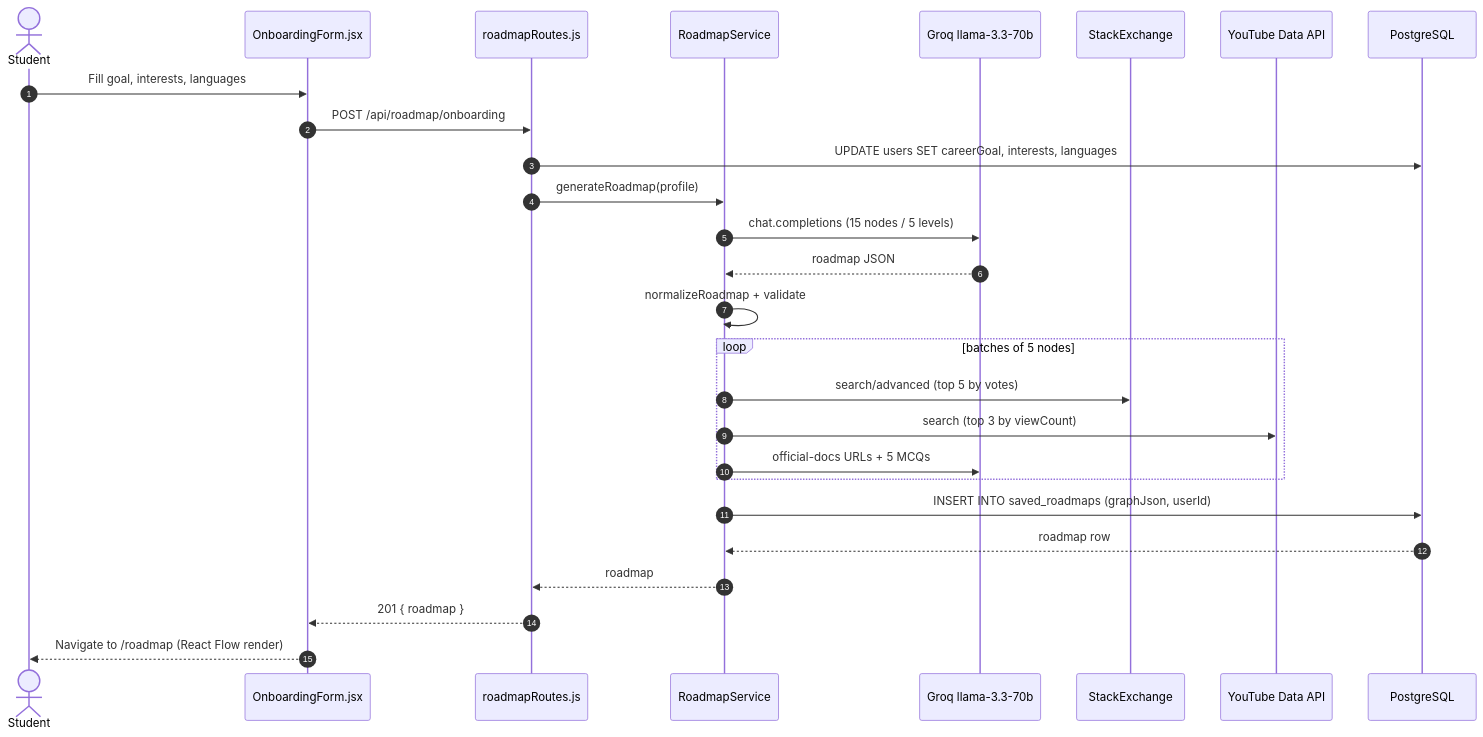
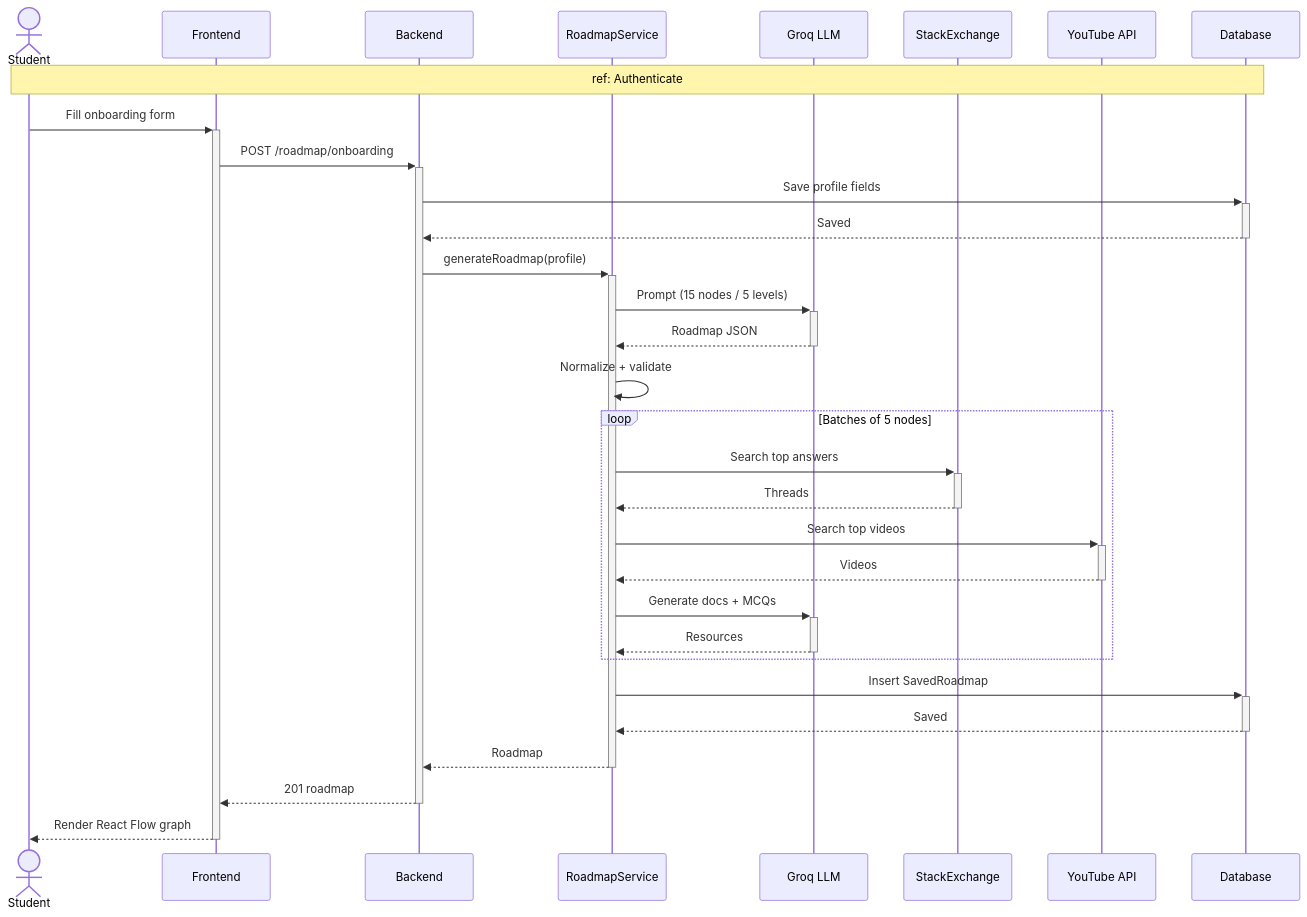
One commit to MaizaAymen/OmniLearn changed the third of 8 diagrams in docs/06_chapitre4_sprint2.md. Above: the diagram before and after it, drawn with Mermaid. The commit also changed other lines of this file and 4 other files, not shown here.

````diff
--- a/docs/06_chapitre4_sprint2.md
+++ b/docs/06_chapitre4_sprint2.md
@@ -154,30 +154,37 @@
 ```mermaid
 sequenceDiagram
-  autonumber
-  actor S as Student
-  participant FE as OnboardingForm.jsx
-  participant API as roadmapRoutes.js
-  participant Svc as RoadmapService
-  participant LLM as Groq llama-3.3-70b
-  participant SO as StackExchange
-  participant YT as YouTube Data API
-  participant DB as PostgreSQL
+    actor Student
+    participant FE as Frontend
+    participant API as Backend
+    participant Svc as RoadmapService
+    participant LLM as Groq LLM
+    participant SO as StackExchange
+    participant YT as YouTube API
+    participant DB as Database
 
-  S->>FE: Fill goal, interests, languages
-  FE->>API: POST /api/roadmap/onboarding
-  API->>DB: UPDATE users SET careerGoal, interests, languages
-  API->>Svc: generateRoadmap(profile)
-  Svc->>LLM: chat.completions (15 nodes / 5 levels)
-  LLM-->>Svc: roadmap JSON
-  Svc->>Svc: normalizeRoadmap + validate
-  loop batches of 5 nodes
-    Svc->>SO: search/advanced (top 5 by votes)
-    Svc->>YT: search (top 3 by viewCount)
-    Svc->>LLM: official-docs URLs + 5 MCQs
-  end
-  Svc->>DB: INSERT INTO saved_roadmaps (graphJson, userId)
-  DB-->>Svc: roadmap row
-  Svc-->>API: roadmap
-  API-->>FE: 201 { roadmap }
-  FE-->>S: Navigate to /roadmap (React Flow render)
+    Note over Student,DB: ref: Authenticate
+
+    Student->>+FE: Fill onboarding form
+    FE->>+API: POST /roadmap/onboarding
+    API->>+DB: Save profile fields
+    DB-->>-API: Saved
+    API->>+Svc: generateRoadmap(profile)
+    Svc->>+LLM: Prompt (15 nodes / 5 levels)
+    LLM-->>-Svc: Roadmap JSON
+    Svc->>Svc: Normalize + validate
+
+    loop Batches of 5 nodes
+        Svc->>+SO: Search top answers
+        SO-->>-Svc: Threads
+        Svc->>+YT: Search top videos
+        YT-->>-Svc: Videos
+        Svc->>+LLM: Generate docs + MCQs
+        LLM-->>-Svc: Resources
+    end
+
+    Svc->>+DB: Insert SavedRoadmap
+    DB-->>-Svc: Saved
+    Svc-->>-API: Roadmap
+    API-->>-FE: 201 roadmap
+    FE-->>-Student: Render React Flow graph
 ```
````
